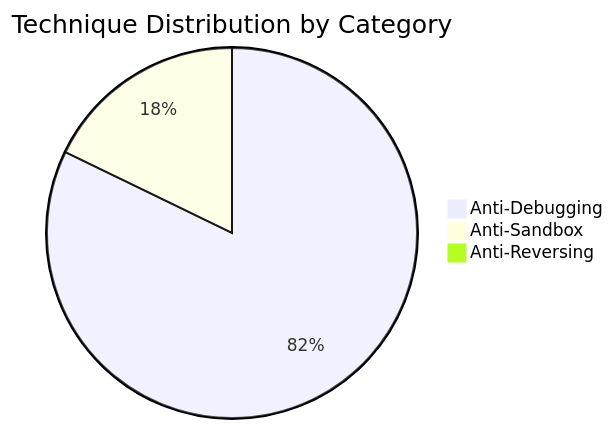
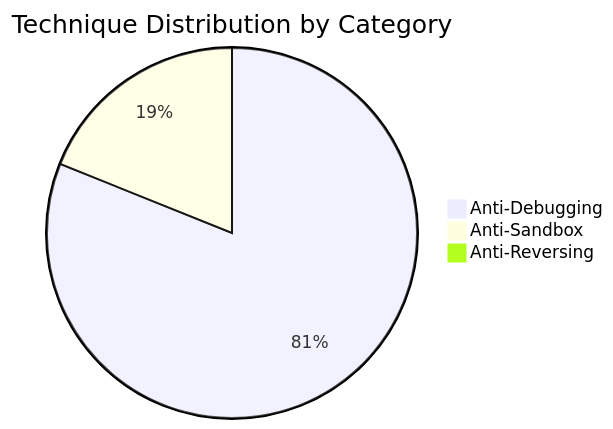
One commit to mabj/anti changed the second of 8 diagrams in docs/diagrams/taxonomy.md. Above: the diagram before and after it, drawn with Mermaid. The commit also changed other lines of this file and 7 other files, not shown here.

Commit message:
Adding new anti-sandbox technique AS014

````diff
--- a/docs/diagrams/taxonomy.md
+++ b/docs/diagrams/taxonomy.md
@@ -34,6 +34,6 @@
 ```mermaid
 pie title Technique Distribution by Category
     "Anti-Debugging" : 60
-    "Anti-Sandbox" : 13
+    "Anti-Sandbox" : 14
     "Anti-Reversing" : 0
 ```
````
